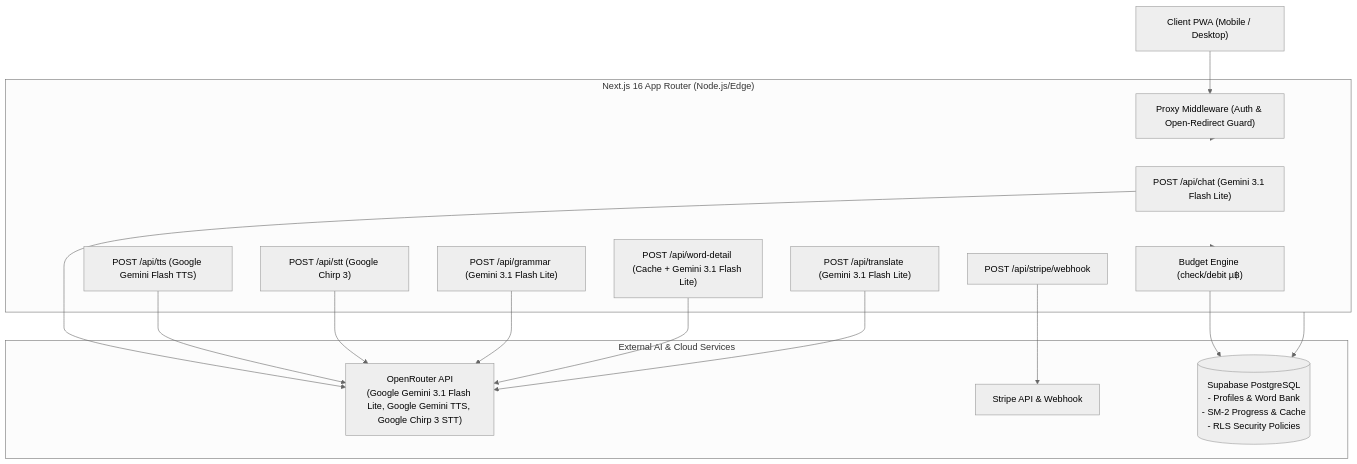
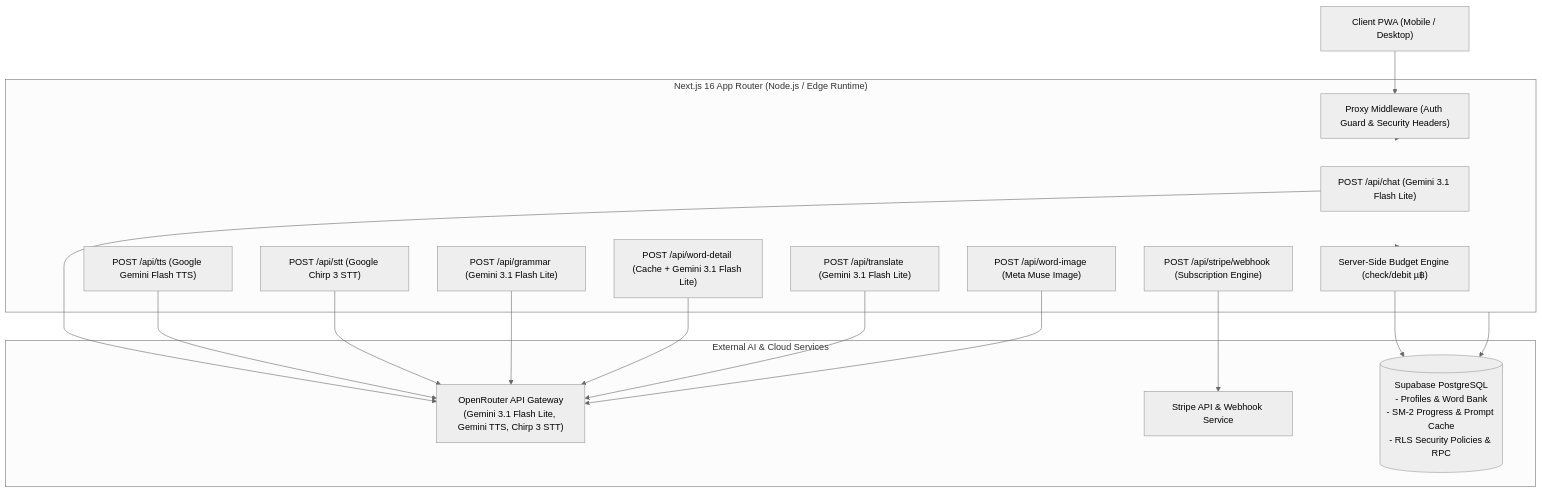
The diagram in evelyai/README.md (PATHAPHON/Evely-ai-project), drawn with Mermaid (neutral theme) before and after one commit. The commit also changed other lines of this file and 10 other files, not shown here.

````diff
--- a/evelyai/README.md
+++ b/evelyai/README.md
@@ -48,35 +51,37 @@
 ```mermaid
 flowchart TD
     Client["Client PWA (Mobile / Desktop)"]
     
-    subgraph NextServer ["Next.js 16 App Router (Node.js/Edge)"]
-        Middleware["Proxy Middleware (Auth & Open-Redirect Guard)"]
+    subgraph NextServer ["Next.js 16 App Router (Node.js / Edge Runtime)"]
+        Middleware["Proxy Middleware (Auth Guard & Security Headers)"]
         ChatRoute["POST /api/chat (Gemini 3.1 Flash Lite)"]
         GrammarRoute["POST /api/grammar (Gemini 3.1 Flash Lite)"]
         WordRoute["POST /api/word-detail (Cache + Gemini 3.1 Flash Lite)"]
         TransRoute["POST /api/translate (Gemini 3.1 Flash Lite)"]
         TTSRoute["POST /api/tts (Google Gemini Flash TTS)"]
-        STTRoute["POST /api/stt (Google Chirp 3)"]
-        StripeRoute["POST /api/stripe/webhook"]
-        BudgetEngine["Budget Engine (check/debit µ฿)"]
+        STTRoute["POST /api/stt (Google Chirp 3 STT)"]
+        WordImageRoute["POST /api/word-image (Meta Muse Image)"]
+        StripeRoute["POST /api/stripe/webhook (Subscription Engine)"]
+        BudgetEngine["Server-Side Budget Engine (check/debit µ฿)"]
     end
     
     subgraph ExternalServices ["External AI & Cloud Services"]
-        OpenRouter["OpenRouter API\n(Google Gemini 3.1 Flash Lite, Google Gemini TTS, Google Chirp 3 STT)"]
-        StripeAPI["Stripe API & Webhook"]
-        SupabaseDB[("Supabase PostgreSQL\n- Profiles & Word Bank\n- SM-2 Progress & Cache\n- RLS Security Policies")]
+        OpenRouter["OpenRouter API Gateway\n(Gemini 3.1 Flash Lite, Gemini TTS, Chirp 3 STT)"]
+        StripeAPI["Stripe API & Webhook Service"]
+        SupabaseDB[("Supabase PostgreSQL\n- Profiles & Word Bank\n- SM-2 Progress & Prompt Cache\n- RLS Security Policies & RPC")]
     end
     
     Client --> Middleware
     Middleware --> NextServer
     NextServer --> BudgetEngine
     BudgetEngine --> SupabaseDB
     ChatRoute --> OpenRouter
     TTSRoute --> OpenRouter
     STTRoute --> OpenRouter
     GrammarRoute --> OpenRouter
     WordRoute --> OpenRouter
     TransRoute --> OpenRouter
+    WordImageRoute --> OpenRouter
     StripeRoute --> StripeAPI
     NextServer --> SupabaseDB
 ```
````
